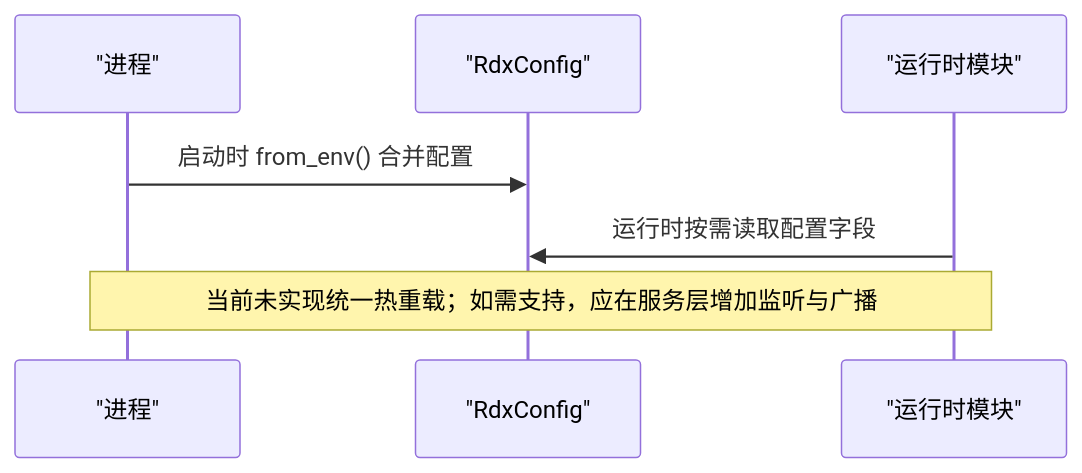
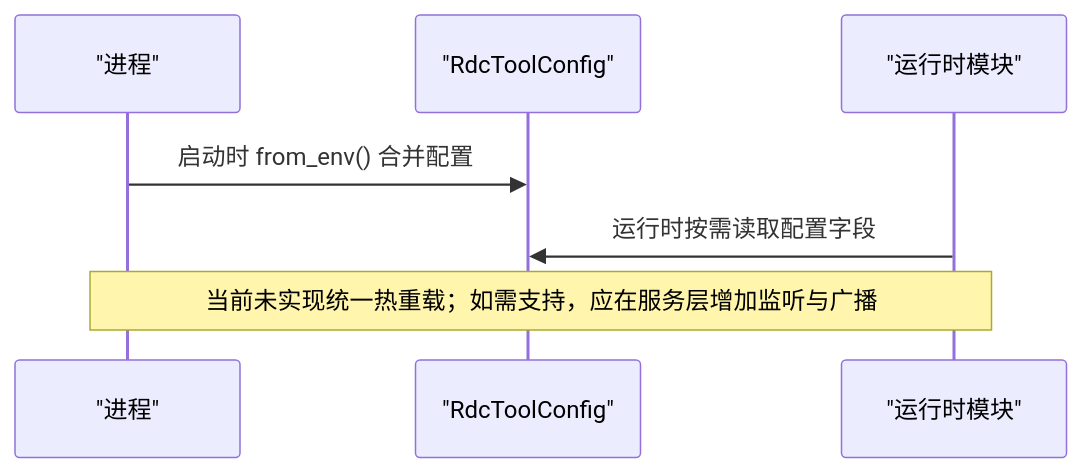
The sixth of 7 diagrams in .qoder/repowiki/zh/content/运行时管理/配置管理系统.md (haolange/RDC-Tool), drawn with Mermaid before and after one commit. The commit also changed other lines of this file and 388 other files, not shown here.

First line of the commit message:
Release RDC-Tool identity and public maintenance surface

````diff
--- a/.qoder/repowiki/zh/content/运行时管理/配置管理系统.md
+++ b/.qoder/repowiki/zh/content/运行时管理/配置管理系统.md
@@ -194,9 +194,9 @@
 ```mermaid
 sequenceDiagram
 participant Proc as "进程"
-participant Cfg as "RdxConfig"
+participant Cfg as "RdcToolConfig"
 participant Mod as "运行时模块"
 Proc->>Cfg : 启动时 from_env() 合并配置
 Mod->>Cfg : 运行时按需读取配置字段
 Note over Proc,Mod : 当前未实现统一热重载；如需支持，应在服务层增加监听与广播
 ```
````
